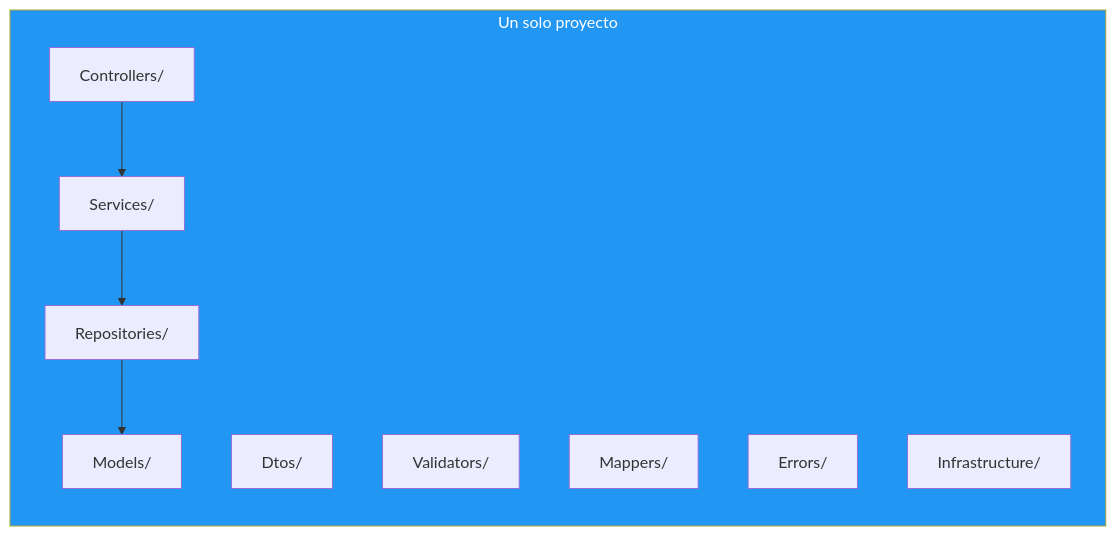
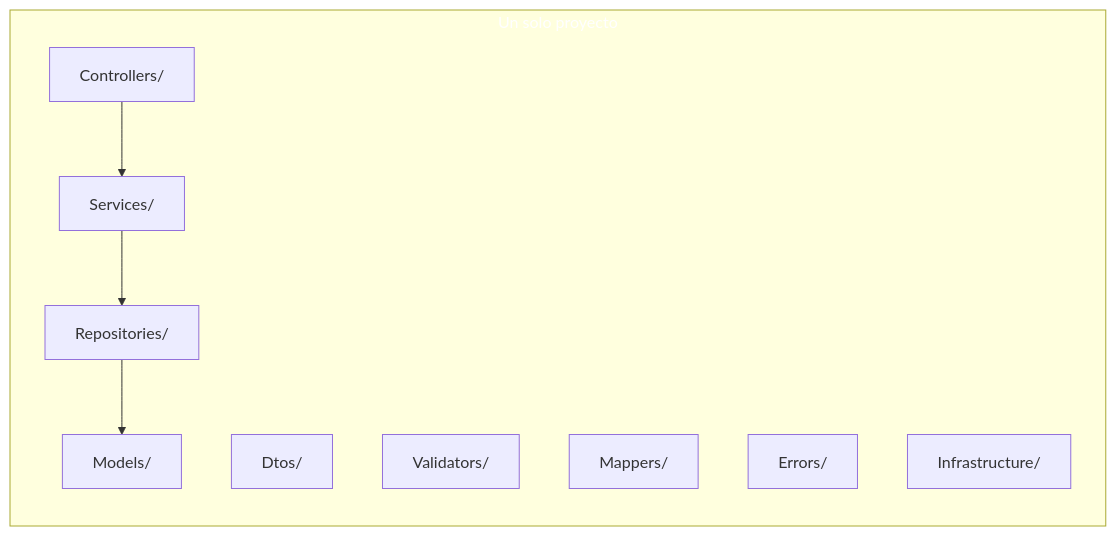
Before and after one commit to joseluisgs/DesarrolloWebEntornosServidor-02-2026-2027: the sixth of 6 diagrams in 11-clean-architecture.md, drawn with Mermaid. The commit also changed other lines of this file and 41 other files, not shown here.

````diff
--- a/11-clean-architecture.md
+++ b/11-clean-architecture.md
@@ -469,21 +469,21 @@
 ```mermaid
 flowchart TB
     subgraph PROYECTO["Un solo proyecto"]
         direction TB
         CTRL["Controllers/"]
         SVC["Services/"]
         REPO["Repositories/"]
         MDL["Models/"]
         DTO["Dtos/"]
         VAL["Validators/"]
         MAP["Mappers/"]
         ERR["Errors/"]
         INF["Infrastructure/"]
     end
 
     CTRL --> SVC
     SVC --> REPO
     REPO --> MDL
 
-    style PROYECTO fill:#2196F3,color:#fff
+    style PROYECTO fill:#2196F,color:#fff3,color:#fff
 ```
````
